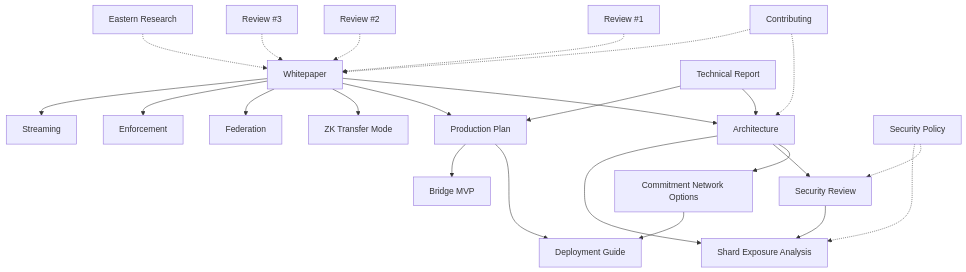
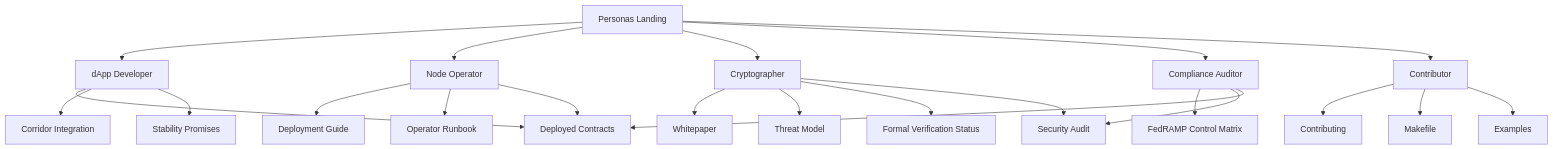
The diagram in docs/README.md (nanofaxcopy/suwappu-lattice-protocol), drawn with Mermaid before and after one commit. The commit also changed other lines of this file and 7 other files, not shown here.

````diff
--- a/docs/README.md
+++ b/docs/README.md
@@ -43,34 +72,29 @@
 ```mermaid
 flowchart TD
-    WP[Whitepaper] --> ARCH[Architecture]
-    WP --> PP[Production Plan]
-    WP --> ZK[ZK Transfer Mode]
-    WP --> FED[Federation]
-    WP --> ENF[Enforcement]
-    WP --> STR[Streaming]
+    PERSONAS[Personas Landing] --> DAPP[dApp Developer]
+    PERSONAS --> OPS[Node Operator]
+    PERSONAS --> CRYPTO[Cryptographer]
+    PERSONAS --> AUDIT[Compliance Auditor]
+    PERSONAS --> CONTRIB[Contributor]
 
-    ARCH --> CNO[Commitment Network Options]
-    ARCH --> SEC[Security Review]
-    ARCH --> SHARD[Shard Exposure Analysis]
+    DAPP --> DEPLOYED[Deployed Contracts]
+    DAPP --> CORRIDOR[Corridor Integration]
+    DAPP --> STABILITY[Stability Promises]
 
-    PP --> DG[Deployment Guide]
-    PP --> BRIDGE[Bridge MVP]
+    OPS --> DEPLOY[Deployment Guide]
+    OPS --> RUNBOOK[Operator Runbook]
+    OPS --> DEPLOYED
 
-    CNO --> DG
+    CRYPTO --> WP[Whitepaper]
+    CRYPTO --> TM[Threat Model]
+    CRYPTO --> FORMAL[Formal Verification Status]
+    CRYPTO --> AUDITDOC[Security Audit]
 
-    SEC --> SHARD
+    AUDIT --> FEDRAMP[FedRAMP Control Matrix]
+    AUDIT --> AUDITDOC
+    AUDIT --> DEPLOYED
 
-    REPORT[Technical Report] --> ARCH
-    REPORT --> PP
-
-    CONTRIB[Contributing] -.-> ARCH
-    CONTRIB -.-> WP
-
-    SECURITY[Security Policy] -.-> SEC
-    SECURITY -.-> SHARD
-
-    R1[Review #1] -.-> WP
-    R2[Review #2] -.-> WP
-    R3[Review #3] -.-> WP
-    R4[Eastern Research] -.-> WP
+    CONTRIB --> CONTRIBUTING[Contributing]
+    CONTRIB --> MAKEFILE[Makefile]
+    CONTRIB --> EXAMPLES[Examples]
 ```
````
